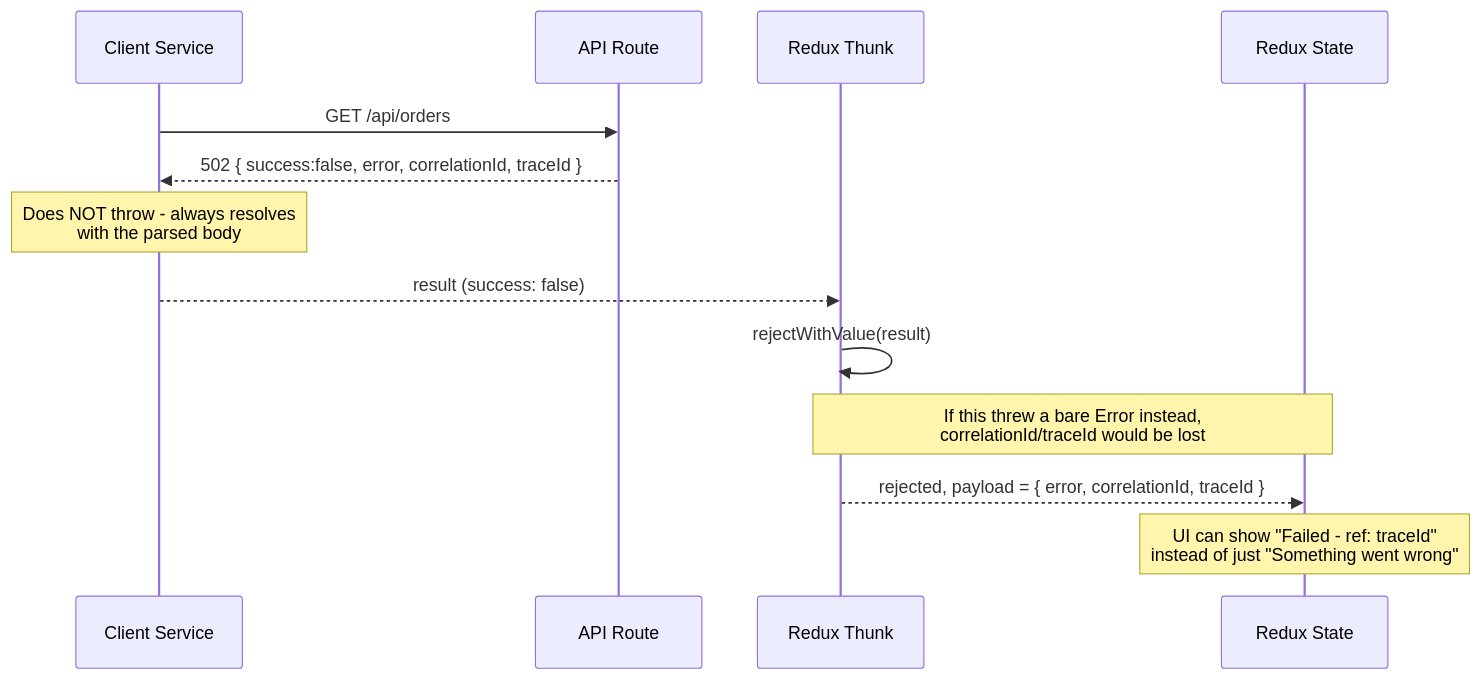
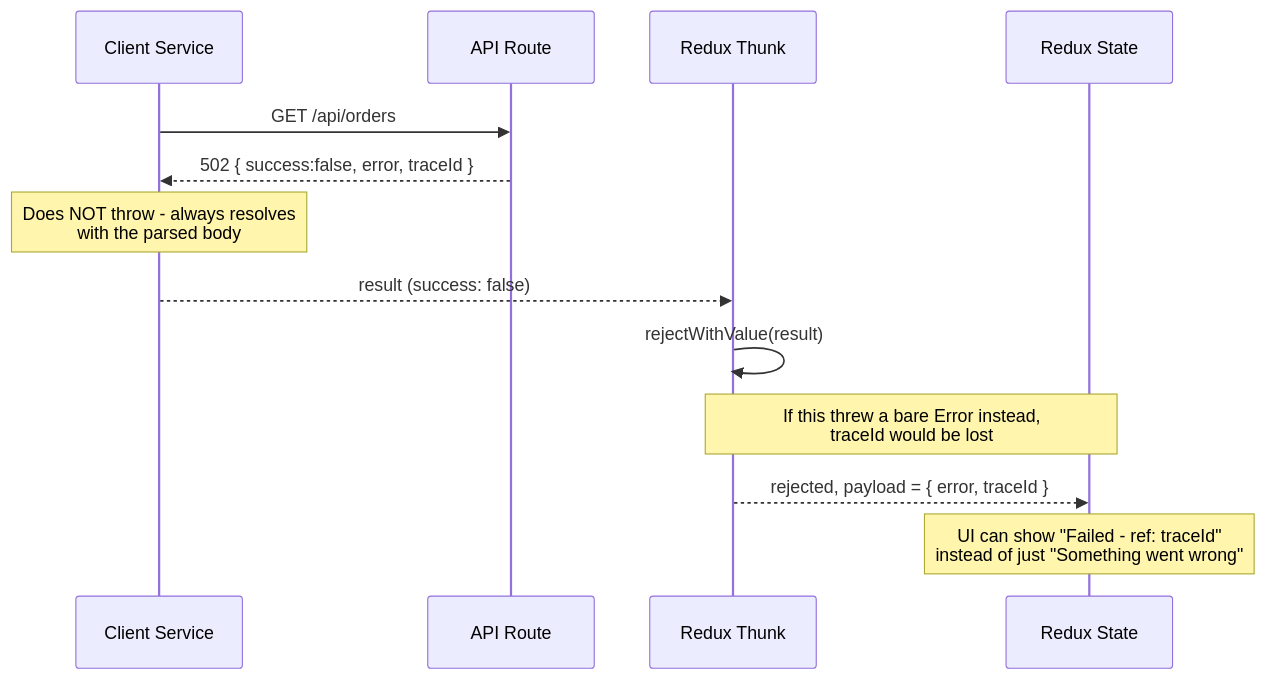
Before and after one commit to kavinselvaraj/Next-OTEL: the fourth of 6 diagrams in ARCHITECTURE.md, drawn with Mermaid. The commit also changed other lines of this file and 16 other files, not shown here.

````diff
--- a/ARCHITECTURE.md
+++ b/ARCHITECTURE.md
@@ -159,16 +233,16 @@
 ```mermaid
 sequenceDiagram
     participant CS as Client Service
     participant API as API Route
     participant Thunk as Redux Thunk
     participant State as Redux State
 
     CS->>API: GET /api/orders
-    API-->>CS: 502 { success:false, error, correlationId, traceId }
+    API-->>CS: 502 { success:false, error, traceId }
     Note over CS: Does NOT throw - always resolves<br/>with the parsed body
     CS-->>Thunk: result (success: false)
     Thunk->>Thunk: rejectWithValue(result)
-    Note over Thunk,State: If this threw a bare Error instead,<br/>correlationId/traceId would be lost
-    Thunk-->>State: rejected, payload = { error, correlationId, traceId }
+    Note over Thunk,State: If this threw a bare Error instead,<br/>traceId would be lost
+    Thunk-->>State: rejected, payload = { error, traceId }
     Note over State: UI can show "Failed - ref: traceId"<br/>instead of just "Something went wrong"
 ```
````
